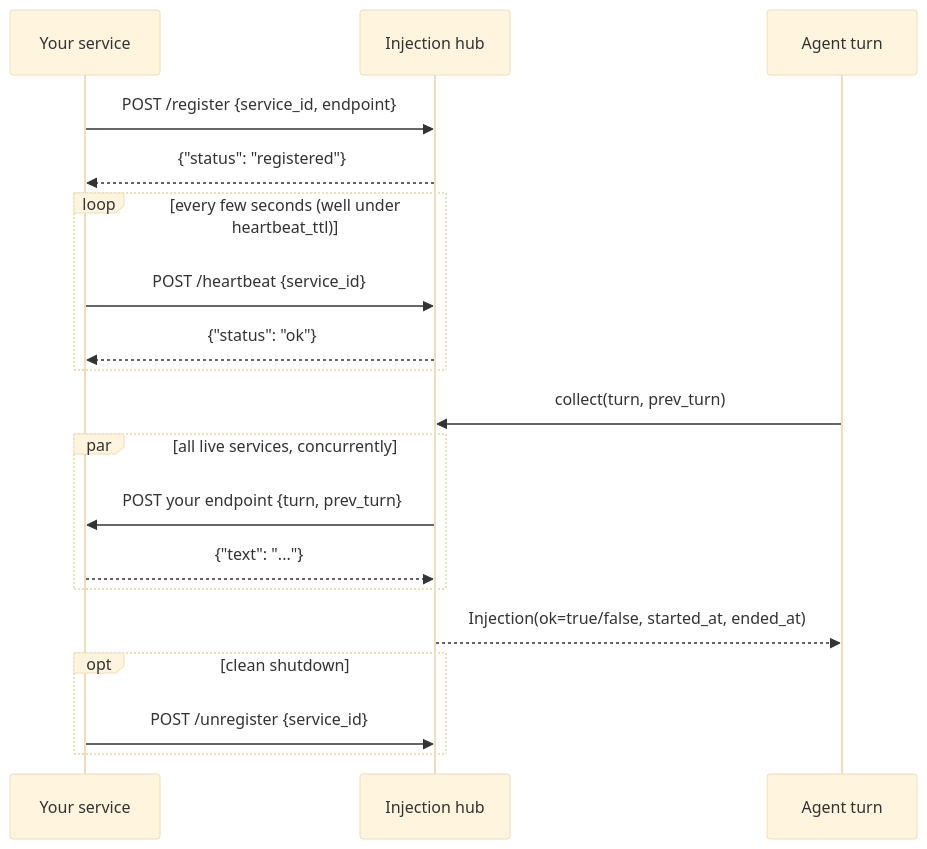
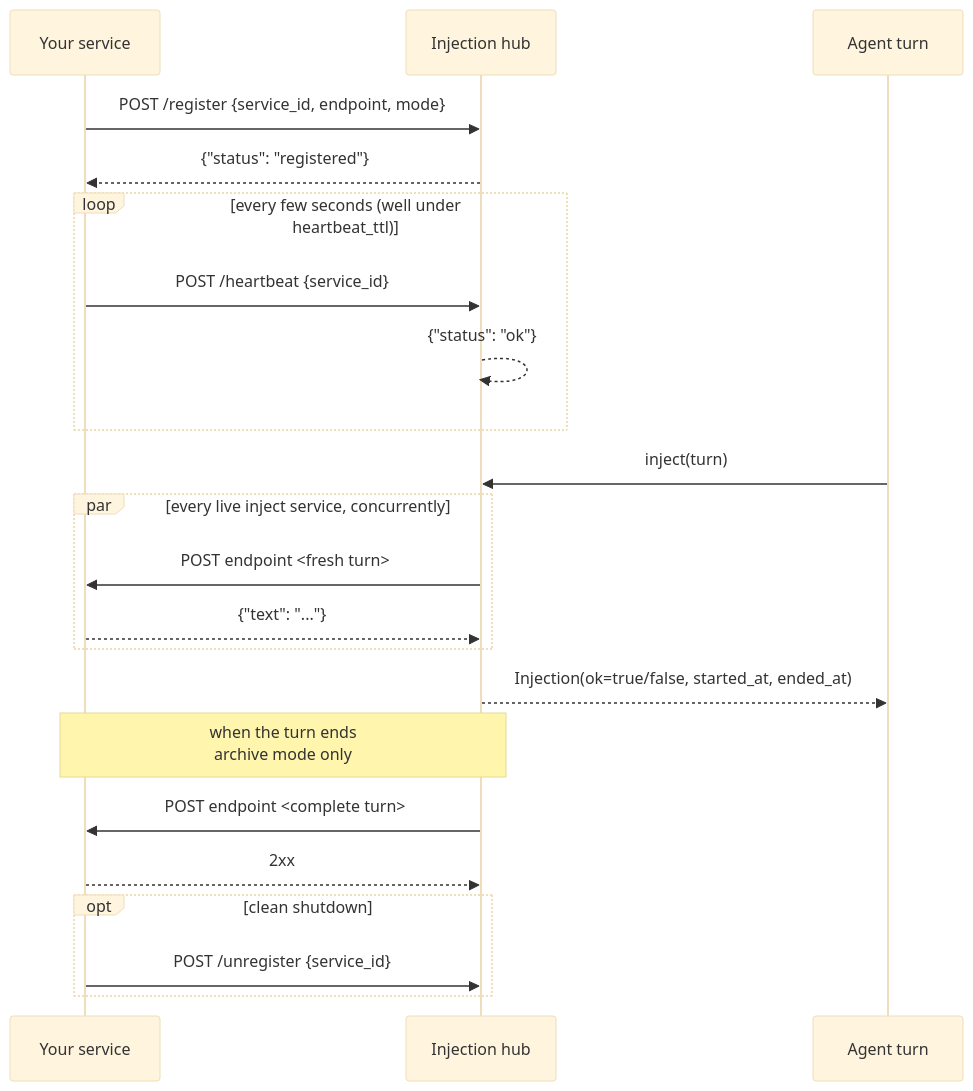
Before and after one commit to DarkSpaceY/NAN-itself: the first of 3 diagrams in docs/for-service-authors/injection-service.md, drawn with Mermaid (base theme). The commit also changed other lines of this file and 21 other files, not shown here.

First line of the commit message:
refactor(injection): 拆成 inject / archive 两条投递通道

````diff
--- a/docs/for-service-authors/injection-service.md
+++ b/docs/for-service-authors/injection-service.md
@@ -10,25 +10,29 @@
 ```mermaid
 sequenceDiagram
     participant S as Your service
     participant H as Injection hub
     participant A as Agent turn
 
-    S->>H: POST /register {service_id, endpoint}
+    S->>H: POST /register {service_id, endpoint, mode}
     H-->>S: {"status": "registered"}
 
     loop every few seconds (well under heartbeat_ttl)
         S->>H: POST /heartbeat {service_id}
-        H-->>S: {"status": "ok"}
+        H-->>H: {"status": "ok"}
     end
 
-    A->>H: collect(turn, prev_turn)
-    par all live services, concurrently
-        H->>S: POST your endpoint {turn, prev_turn}
+    A->>H: inject(turn)
+    par every live inject service, concurrently
+        H->>S: POST endpoint <fresh turn>
         S-->>H: {"text": "..."}
     end
     H-->>A: Injection(ok=true/false, started_at, ended_at)
+
+    Note over H,S: when the turn ends<br/>archive mode only
+        H->>S: POST endpoint <complete turn>
+        S-->>H: 2xx
 
     opt clean shutdown
         S->>H: POST /unregister {service_id}
     end
 ```
````
